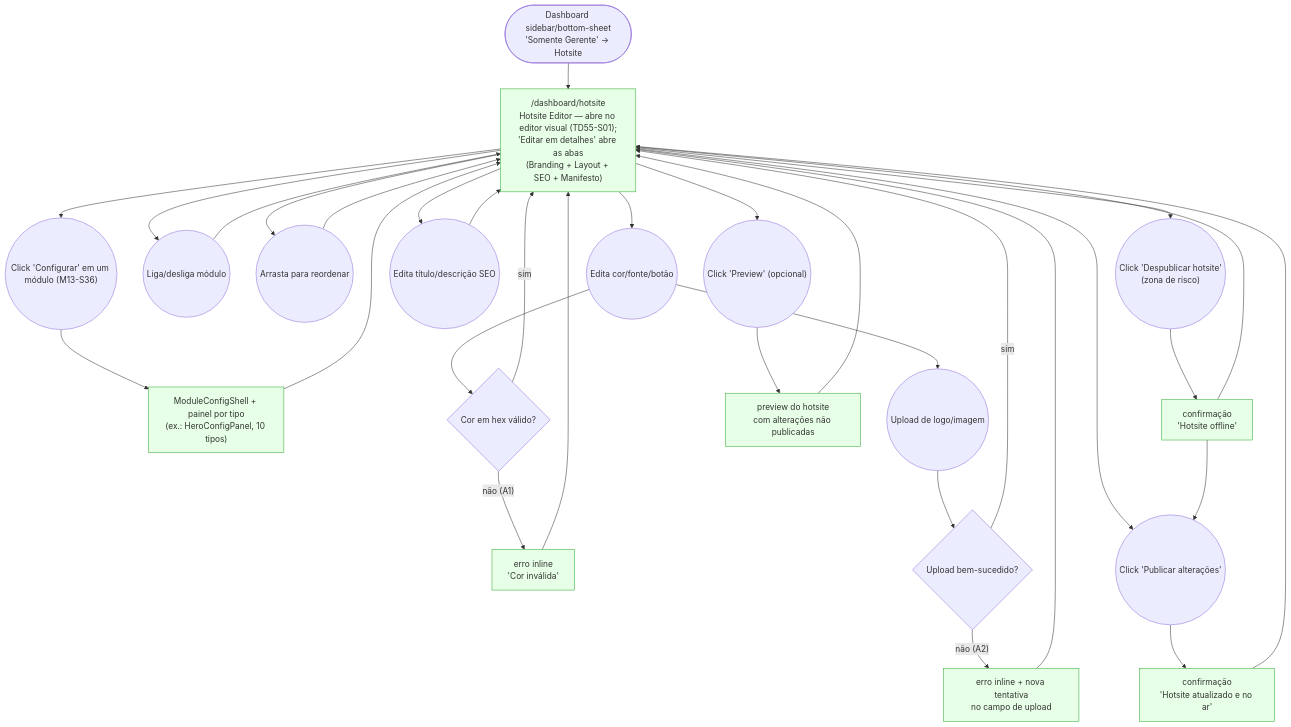
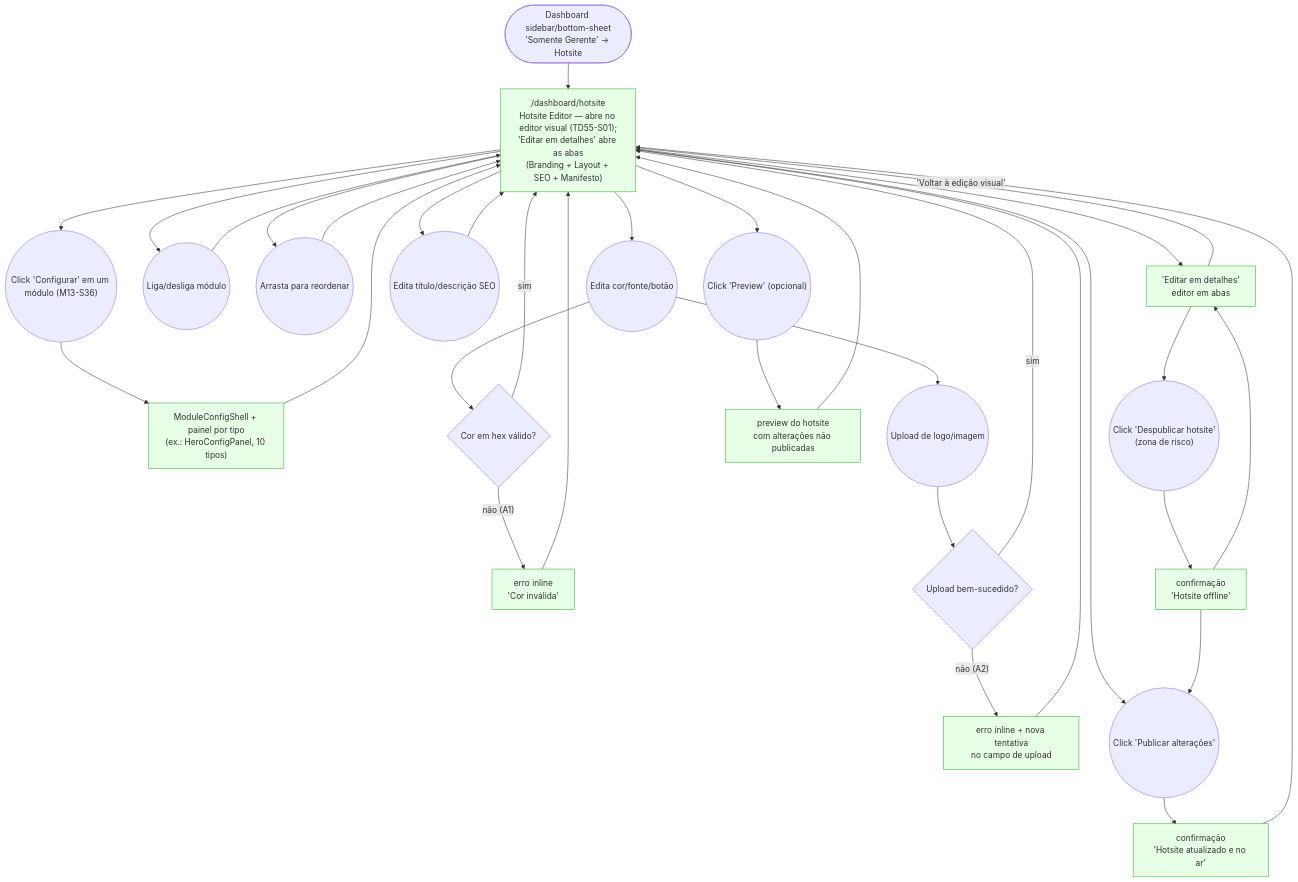
Before and after one commit to lmmoreira/ikaro: the diagram in journeys/manager/hotsite.md, drawn with Mermaid. The commit also changed other lines of this file and 16 other files, not shown here.

First line of the commit message:
feat(platform): harden the hotsite visual editor round trip, publish and accessibility (TD55-S04) (#657)

````diff
--- a/journeys/manager/hotsite.md
+++ b/journeys/manager/hotsite.md
@@ -10,45 +10,47 @@
 ```mermaid
 flowchart TD
     classDef existing fill:#e6ffe6,stroke:#3a3
     classDef gap stroke:#f00,stroke-dasharray: 5 5,fill:#fee
 
     Start(["Dashboard sidebar/bottom-sheet<br/>'Somente Gerente' → Hotsite"]) --> Editor["/dashboard/hotsite<br/>Hotsite Editor — abre no editor visual (TD55-S01);<br/>'Editar em detalhes' abre as abas<br/>(Branding + Layout + SEO + Manifesto)"]
 
     Editor --> EditBranding(("Edita cor/fonte/botão"))
     Editor --> ToggleModule(("Liga/desliga módulo"))
     Editor --> ReorderModule(("Arrasta para reordenar"))
     Editor --> ConfigModule(("Click 'Configurar' em um módulo (M13-S36)"))
     ConfigModule --> ModuleConfig["ModuleConfigShell + painel por tipo<br/>(ex.: HeroConfigPanel, 10 tipos)"]
     ModuleConfig --> Editor
     Editor --> EditSeo(("Edita título/descrição SEO"))
 
     EditBranding --> ColorValid{"Cor em hex válido?"}
     ColorValid -- "não (A1)" --> ColorError["erro inline<br/>'Cor inválida'"]
     ColorError --> Editor
     ColorValid -- "sim" --> Editor
 
     EditBranding --> ImageUpload(("Upload de logo/imagem"))
     ImageUpload --> UploadOk{"Upload bem-sucedido?"}
     UploadOk -- "não (A2)" --> UrlFallback["erro inline + nova tentativa<br/>no campo de upload"]
     UrlFallback --> Editor
     UploadOk -- "sim" --> Editor
 
     ToggleModule --> Editor
     ReorderModule --> Editor
     EditSeo --> Editor
 
     Editor --> PreviewBtn(("Click 'Preview' (opcional)"))
     PreviewBtn --> PreviewPane["preview do hotsite<br/>com alterações não publicadas"]
     PreviewPane --> Editor
 
     Editor --> PublishBtn(("Click 'Publicar alterações'"))
     PublishBtn --> PublishSuccess["confirmação<br/>'Hotsite atualizado e no ar'"]
     PublishSuccess --> Editor
 
-    Editor --> UnpublishBtn(("Click 'Despublicar hotsite'<br/>(zona de risco)"))
+    Editor --> DetailedEditor["'Editar em detalhes'<br/>editor em abas"]
+    DetailedEditor -- "'Voltar à edição visual'" --> Editor
+    DetailedEditor --> UnpublishBtn(("Click 'Despublicar hotsite'<br/>(zona de risco)"))
     UnpublishBtn --> UnpublishSuccess["confirmação<br/>'Hotsite offline'"]
     UnpublishSuccess --> PublishBtn
-    UnpublishSuccess --> Editor
+    UnpublishSuccess --> DetailedEditor
 
-    class Editor,ColorError,UrlFallback,PreviewPane,PublishSuccess,UnpublishSuccess,ModuleConfig existing
+    class Editor,DetailedEditor,ColorError,UrlFallback,PreviewPane,PublishSuccess,UnpublishSuccess,ModuleConfig existing
 ```
````
